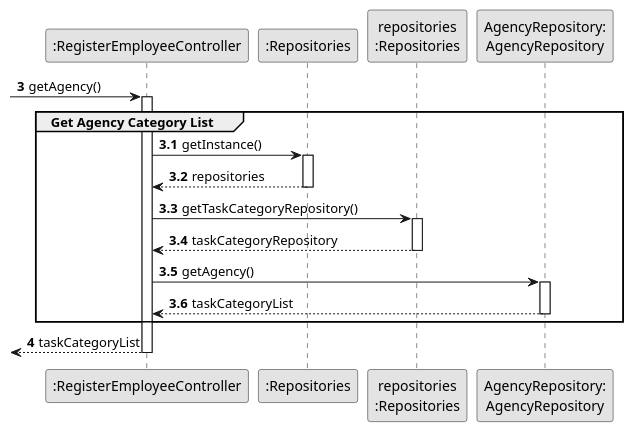
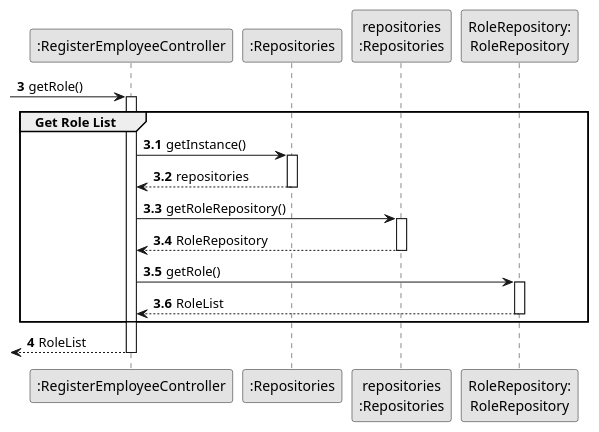
The diagram in docs/sprintB/us003/03.design/puml/us003-sequence-diagram-partial-get-role-list.puml (rita-barbosa/LAPR2-2223), drawn with PlantUML before and after one commit. The commit also changed 7 other files, not shown here.

Commit message:
Update Sequence Diagram (full, partial & split) [US03][Design]

```diff
--- a/docs/sprintB/us003/03.design/puml/us003-sequence-diagram-partial-get-role-list.puml
+++ b/docs/sprintB/us003/03.design/puml/us003-sequence-diagram-partial-get-role-list.puml
@@ -1,48 +1,48 @@
 @startuml
 skinparam monochrome true
 skinparam packageStyle rectangle
 skinparam shadowing false
 
 autonumber
 
 'hide footbox
 
 participant ":RegisterEmployeeController" as CTRL
 participant ":Repositories" as RepositorySingleton
 participant "repositories\n:Repositories" as PLAT
-participant "AgencyRepository:\nAgencyRepository" as AgencyRepository
+participant "RoleRepository:\nRoleRepository" as RoleRepository
 
 autonumber 3
 
- -> CTRL : getAgency()
+ -> CTRL : getRole()
 autonumber 3.1
 activate CTRL
-    group Get Agency Category List
+    group Get Role List
 
 
             CTRL -> RepositorySingleton : getInstance()
             activate RepositorySingleton
 
                 RepositorySingleton --> CTRL: repositories
             deactivate RepositorySingleton
 
-            CTRL -> PLAT : getTaskCategoryRepository()
+            CTRL -> PLAT : getRoleRepository()
             activate PLAT
 
-                PLAT --> CTRL: taskCategoryRepository
+                PLAT --> CTRL: RoleRepository
             deactivate PLAT
 
-            CTRL -> AgencyRepository : getAgency()
-            activate AgencyRepository
+            CTRL -> RoleRepository : getRole()
+            activate RoleRepository
 
-                AgencyRepository --> CTRL : taskCategoryList
-            deactivate AgencyRepository
+                RoleRepository --> CTRL : RoleList
+            deactivate RoleRepository
 
 
     end
     autonumber 4
-    <-- CTRL  : taskCategoryList
+    <-- CTRL  : RoleList
 deactivate CTRL
 
 
 @enduml
```
